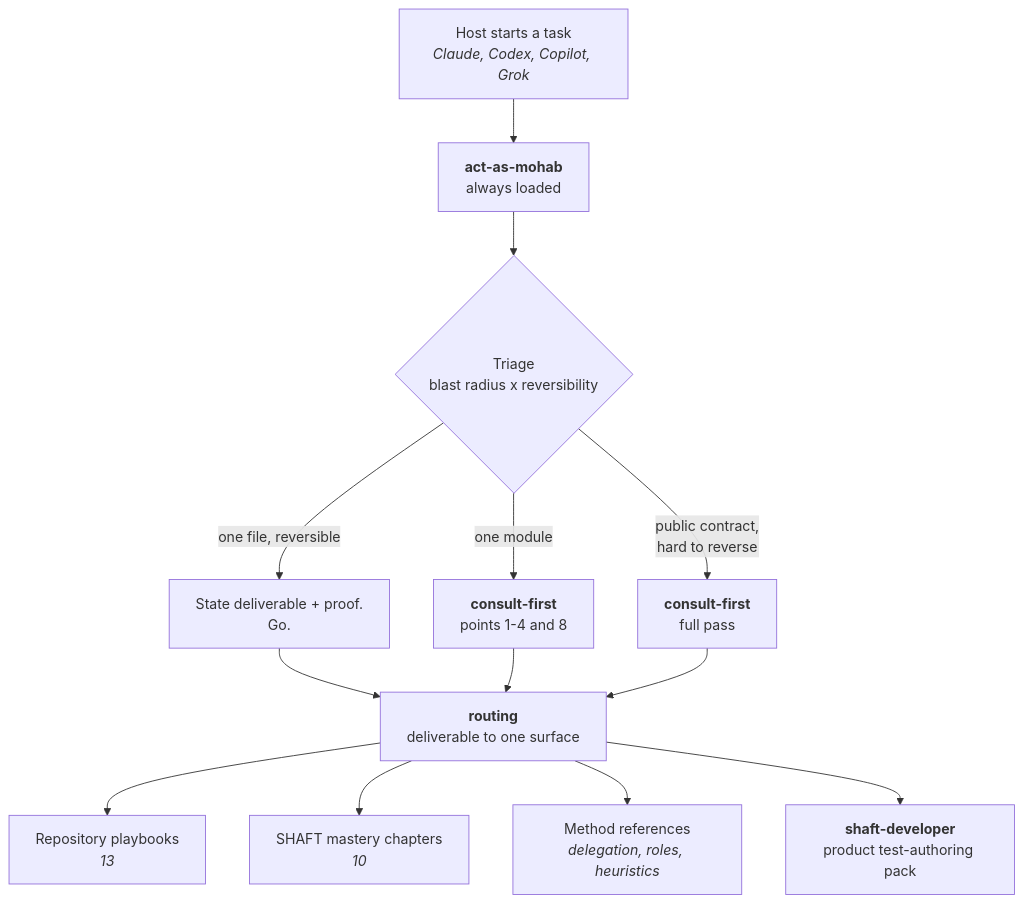
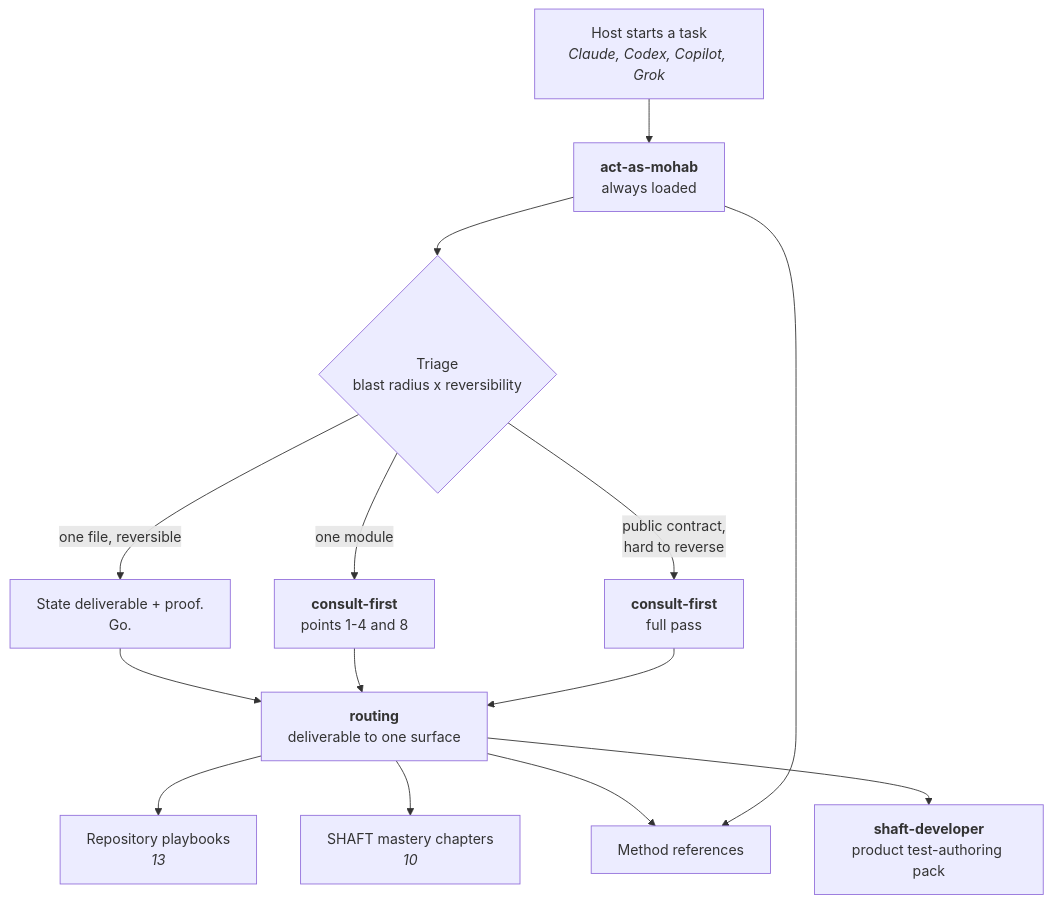
The first of 4 diagrams in .agents/skills/README.md (ShaftHQ/SHAFT_ENGINE), drawn with Mermaid before and after one commit. The commit also changed other lines of this file and 4 other files, not shown here.

````diff
--- a/.agents/skills/README.md
+++ b/.agents/skills/README.md
@@ -20,21 +20,22 @@
 ```mermaid
 flowchart TD
     H["Host starts a task<br/><i>Claude, Codex, Copilot, Grok</i>"] --> E
 
     E["<b>act-as-mohab</b><br/>always loaded"]
     E --> T{"Triage<br/>blast radius x reversibility"}
 
     T -->|"one file, reversible"| GO["State deliverable + proof.<br/>Go."]
     T -->|"one module"| C["<b>consult-first</b><br/>points 1-4 and 8"]
     T -->|"public contract,<br/>hard to reverse"| CF["<b>consult-first</b><br/>full pass"]
 
     GO --> R
     C --> R
     CF --> R
 
     R["<b>routing</b><br/>deliverable to one surface"]
     R --> P["Repository playbooks<br/><i>13</i>"]
     R --> M["SHAFT mastery chapters<br/><i>10</i>"]
-    R --> D["Method references<br/><i>delegation, roles, heuristics</i>"]
+    R --> D["Method references"]
+    E --> D
     R --> S["<b>shaft-developer</b><br/>product test-authoring pack"]
 ```
````
